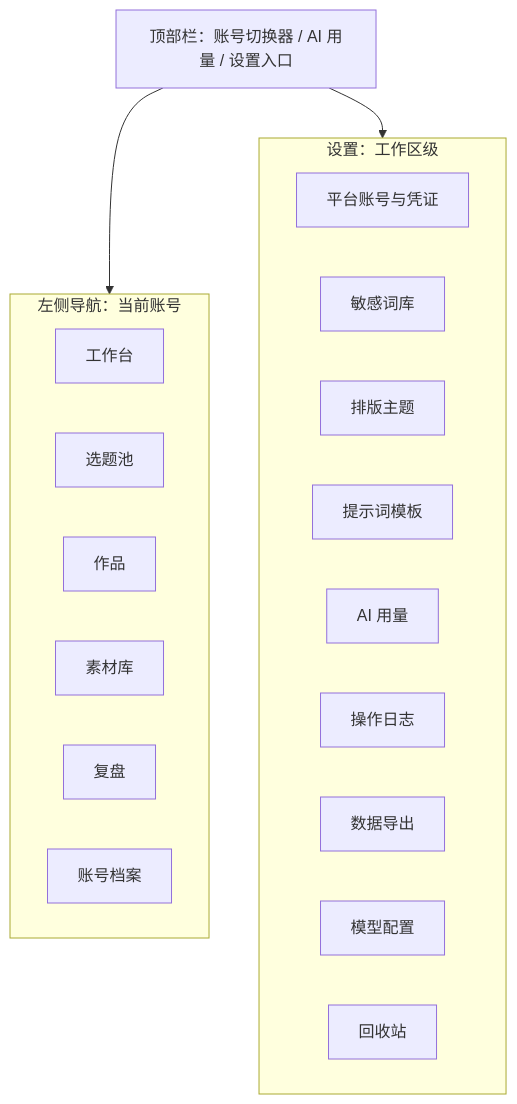
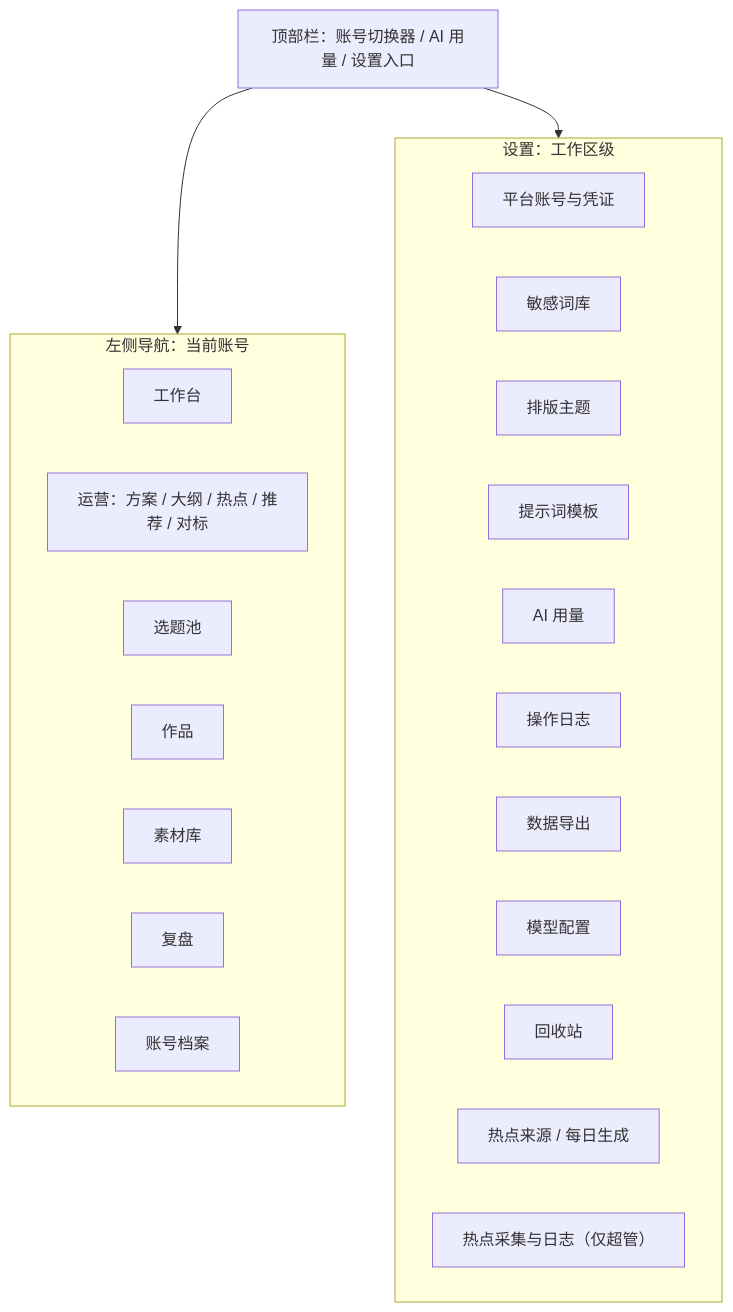
Before and after one commit to Siblingsl/ops: the first of 4 diagrams in docs/05-业务流程与交互.md, drawn with Mermaid. The commit also changed other lines of this file and 5 other files, not shown here.

````diff
--- a/docs/05-业务流程与交互.md
+++ b/docs/05-业务流程与交互.md
@@ -44,25 +44,28 @@
 ```mermaid
 flowchart TB
   topBar["顶部栏：账号切换器 / AI 用量 / 设置入口"]
   subgraph accountNav [左侧导航：当前账号]
     home["工作台"]
+    ops["运营：方案 / 大纲 / 热点 / 推荐 / 对标"]
     topics["选题池"]
     works["作品"]
     materials["素材库"]
     review["复盘"]
     profile["账号档案"]
   end
   subgraph sysNav [设置：工作区级]
     platformAccounts["平台账号与凭证"]
     wordLib["敏感词库"]
     themes["排版主题"]
     prompts["提示词模板"]
     usage["AI 用量"]
     logs["操作日志"]
     exportData["数据导出"]
     models["模型配置"]
     trash["回收站"]
+    hotSources["热点来源 / 每日生成"]
+    crawlAdmin["热点采集与日志（仅超管）"]
   end
   topBar --> accountNav
   topBar --> sysNav
 ```
````
